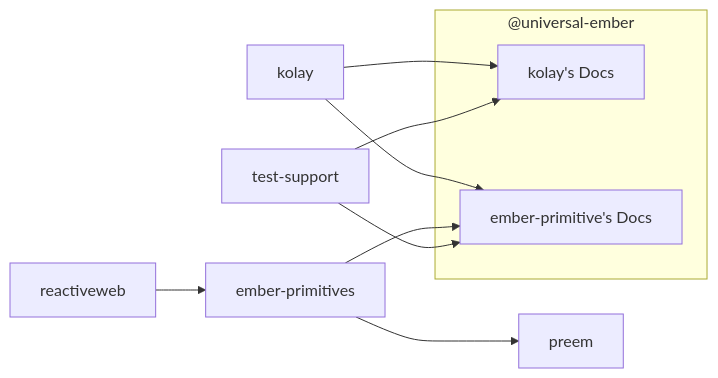
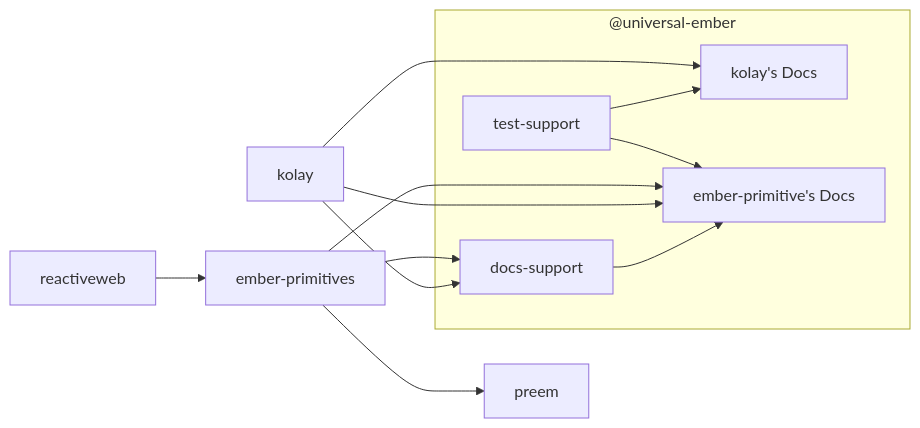
Before and after one commit to universal-ember/.github: the first of 2 diagrams in profile/README.md, drawn with Mermaid.

````diff
--- a/profile/README.md
+++ b/profile/README.md
@@ -52,24 +52,28 @@
 ```mermaid
 flowchart LR  
   ember-primitives-->preem
   kolay
   reactiveweb-->ember-primitives
   test-support
   
   subgraph "@universal-ember"
     kDocs[kolay's Docs]
     epDocs[ember-primitive's Docs]
+    docs-support-->epDocs
+    test-support-->kDocs
   end
   kolay-->kDocs
   kolay-->epDocs
-  test-support-->kDocs
   ember-primitives-->epDocs
   test-support-->epDocs
+  kolay-->docs-support
+  ember-primitives-->docs-support
 
+  click docs-support "https://github.com/universal-ember/docs-support/" _blank
   click tutorial "https://tutorial.glimdown.com" _blank
   click ember-primitives "https://ember-primitives.pages.dev" _blank
   click kolay "https://github.com/universal-ember/kolay/" _blank
   click reactiveweb "https://reactive.nullvoxpopuli.com/" _blank
   click test-support "https://github.com/universal-ember/test-support" _blank
   click preem "https://github.com/universal-ember/preem/" _blank
 ```
````
